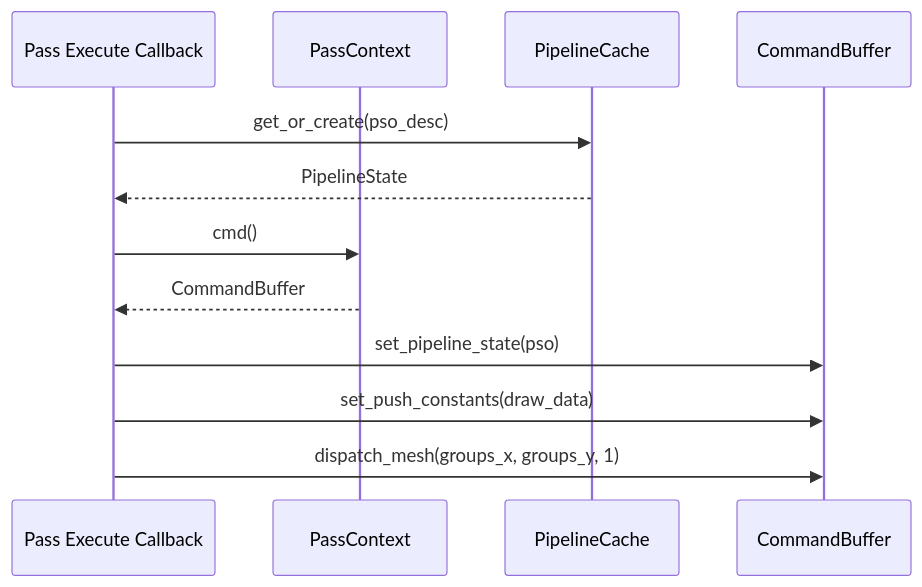
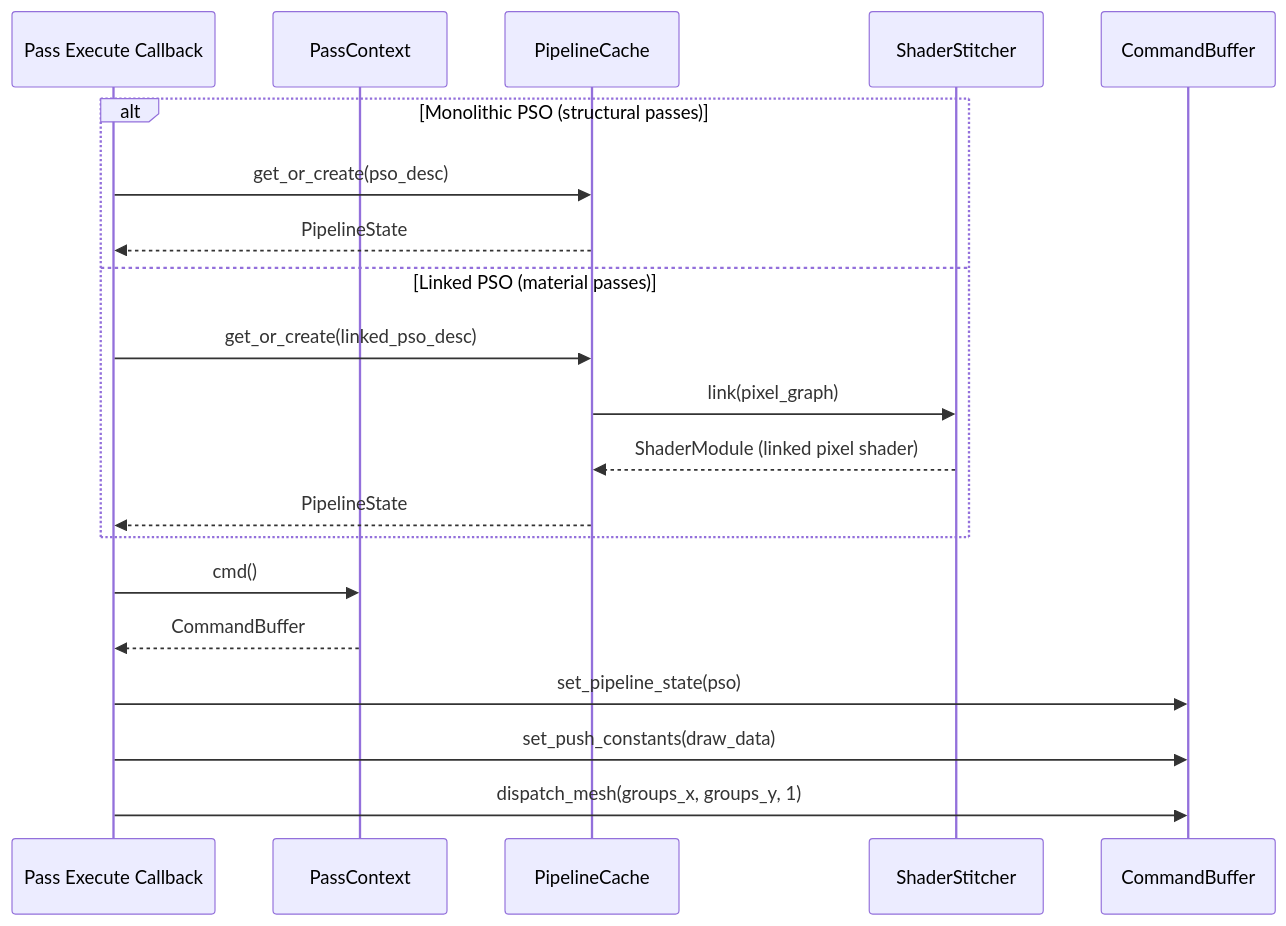
The ninth of 10 diagrams in docs/design/shader-pipeline.md (harmonius-dev/harmonius), drawn with Mermaid before and after one commit. The commit also changed other lines of this file and 6 other files, not shown here.

First line of the commit message:
Expand GPU backend, render graph, and shader pipeline design docs

````diff
--- a/docs/design/shader-pipeline.md
+++ b/docs/design/shader-pipeline.md
@@ -681,15 +1357,23 @@
 ```mermaid
 sequenceDiagram
     participant Pass as Pass Execute Callback
     participant Ctx as PassContext
     participant Cache as PipelineCache
+    participant Stitcher as ShaderStitcher
     participant Cmd as CommandBuffer
 
-    Pass->>Cache: get_or_create(pso_desc)
-    Cache-->>Pass: PipelineState
+    alt Monolithic PSO (structural passes)
+        Pass->>Cache: get_or_create(pso_desc)
+        Cache-->>Pass: PipelineState
+    else Linked PSO (material passes)
+        Pass->>Cache: get_or_create(linked_pso_desc)
+        Cache->>Stitcher: link(pixel_graph)
+        Stitcher-->>Cache: ShaderModule (linked pixel shader)
+        Cache-->>Pass: PipelineState
+    end
     Pass->>Ctx: cmd()
     Ctx-->>Pass: CommandBuffer
     Pass->>Cmd: set_pipeline_state(pso)
     Pass->>Cmd: set_push_constants(draw_data)
     Pass->>Cmd: dispatch_mesh(groups_x, groups_y, 1)
 ```
````
